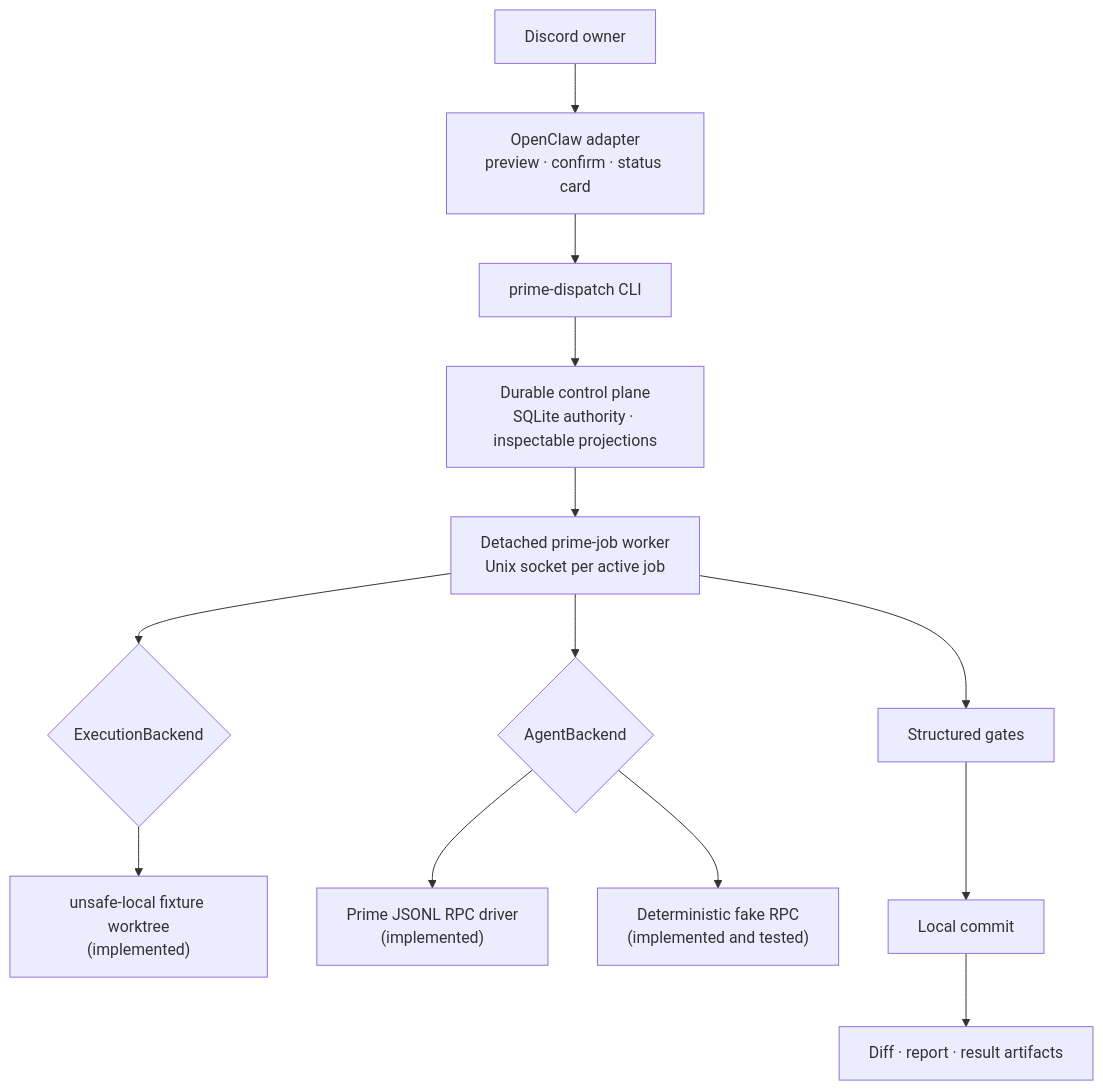
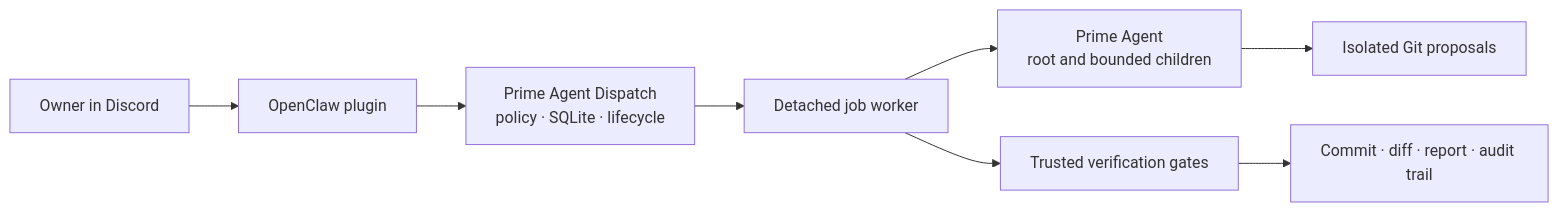
The diagram in README.md (feniix/prime-agent-dispatch), drawn with Mermaid before and after one commit. The commit also changed other lines of this file and 1 other file, not shown here.

````diff
--- a/README.md
+++ b/README.md
@@ -37,25 +22,10 @@
 ```mermaid
-flowchart TD
-    Discord["Discord owner"]
-    Adapter["OpenClaw adapter<br/>preview · confirm · status card"]
-    CLI["prime-dispatch CLI"]
-    ControlPlane["Durable control plane<br/>SQLite authority · inspectable projections"]
-    Worker["Detached prime-job worker<br/>Unix socket per active job"]
-    Execution{"ExecutionBackend"}
-    UnsafeLocal["unsafe-local fixture worktree<br/>(implemented)"]
-    Agent{"AgentBackend"}
-    PrimeRpc["Prime JSONL RPC driver<br/>(implemented)"]
-    FakeRpc["Deterministic fake RPC<br/>(implemented and tested)"]
-    Gates["Structured gates"]
-    Commit["Local commit"]
-    Artifacts["Diff · report · result artifacts"]
-
-    Discord --> Adapter --> CLI --> ControlPlane
-    ControlPlane --> Worker
-    Worker --> Execution
-    Execution --> UnsafeLocal
-    Worker --> Agent
-    Agent --> PrimeRpc
-    Agent --> FakeRpc
-    Worker --> Gates --> Commit --> Artifacts
+flowchart LR
+    Owner["Owner in Discord"] --> Plugin["OpenClaw plugin"]
+    Plugin --> Control["Prime Agent Dispatch<br/>policy · SQLite · lifecycle"]
+    Control --> Worker["Detached job worker"]
+    Worker --> Prime["Prime Agent<br/>root and bounded children"]
+    Prime --> Worktrees["Isolated Git proposals"]
+    Worker --> Gates["Trusted verification gates"]
+    Gates --> Evidence["Commit · diff · report · audit trail"]
 ```
````
